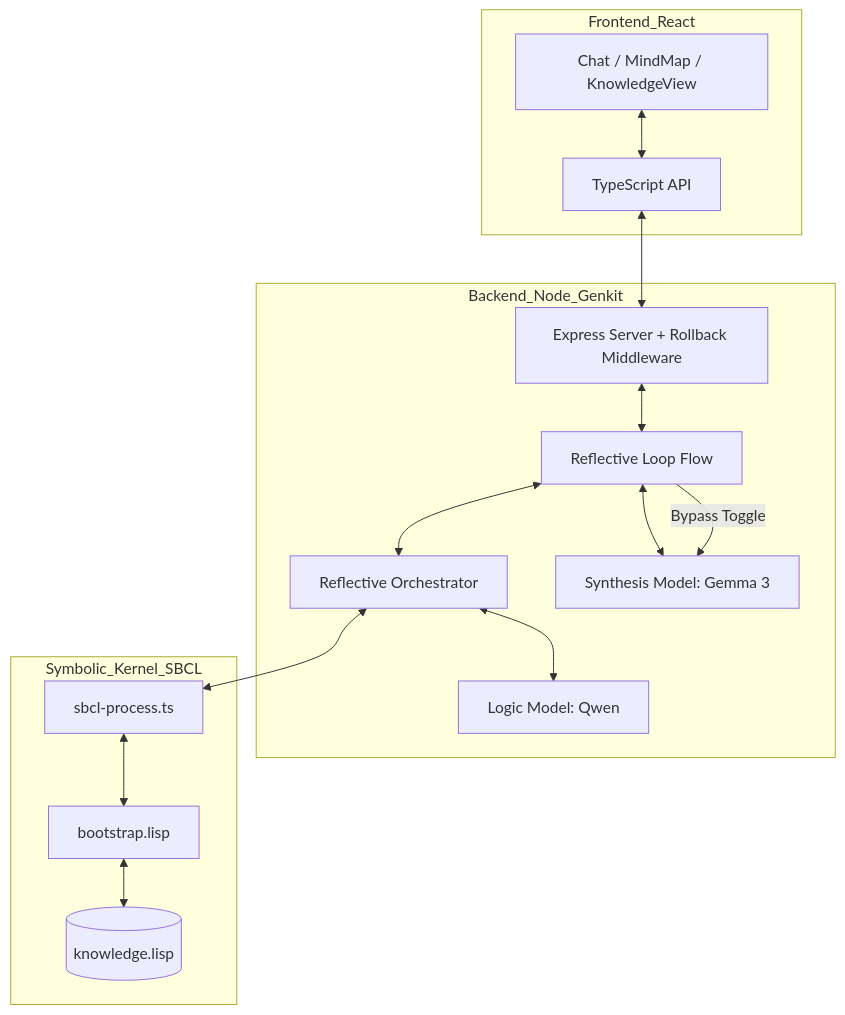
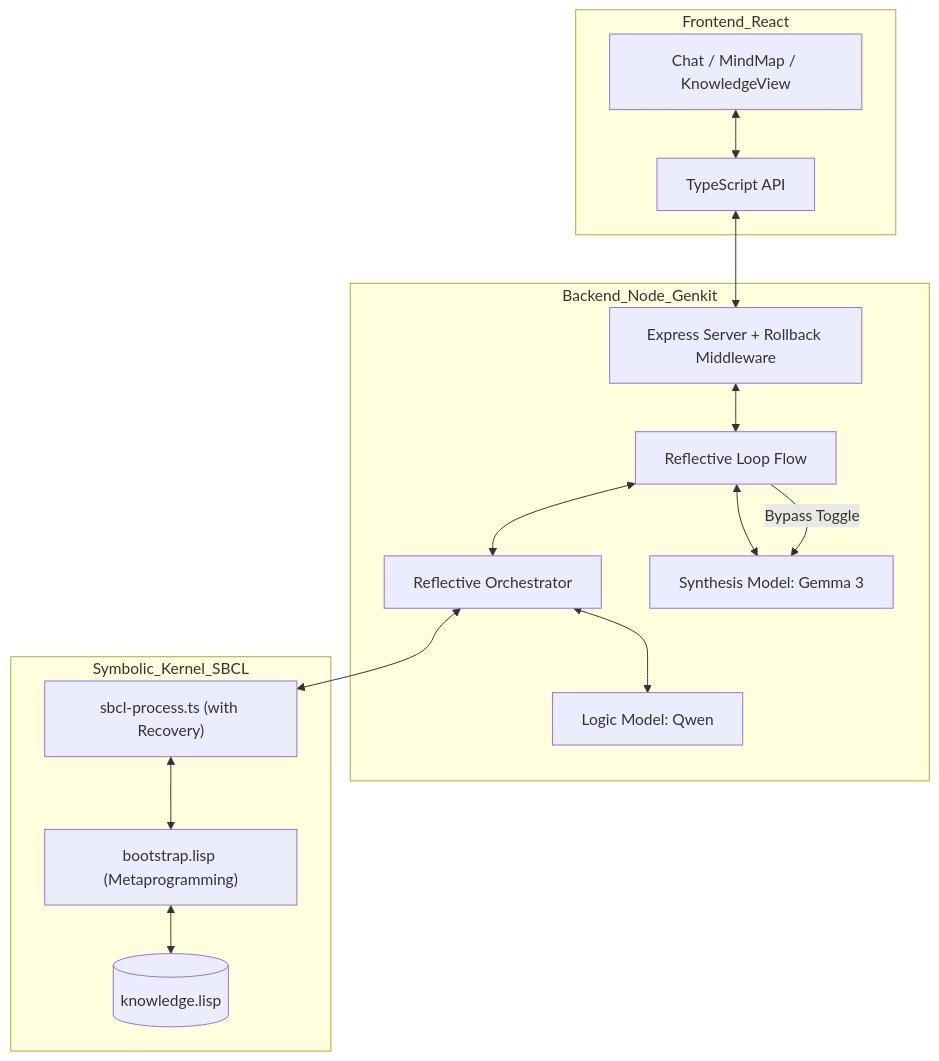
The first of 2 diagrams in README_V02.md (spock74/dialectical-symbolic-ai), drawn with Mermaid before and after one commit. The commit also changed other lines of this file and 18 other files, not shown here.

Commit message:
feat: Enhance Lisp process output to separate result and output, integrate reasoning logs into the reflective loop, and refine bypass mode.

````diff
--- a/README_V02.md
+++ b/README_V02.md
@@ -21,23 +21,23 @@
 ```mermaid
 graph TD
     subgraph Frontend_React
         UI[Chat / MindMap / KnowledgeView] <--> API[TypeScript API]
     end
 
     subgraph Backend_Node_Genkit
         API <--> Server[Express Server + Rollback Middleware]
         Server <--> Loop[Reflective Loop Flow]
         Loop <--> Orch[Reflective Orchestrator]
         Loop <--> S[Synthesis Model: Gemma 3]
         Orch <--> L[Logic Model: Qwen]
         
         %% Bypass Path
         Loop -- Bypass Toggle --> S
     end
 
     subgraph Symbolic_Kernel_SBCL
-        Orch <--> SBCL[sbcl-process.ts]
-        SBCL <--> Core[bootstrap.lisp]
+        Orch <--> SBCL["sbcl-process.ts (with Recovery)"]
+        SBCL <--> Core["bootstrap.lisp (Metaprogramming)"]
         Core <--> DB[(knowledge.lisp)]
     end
 ```
````
